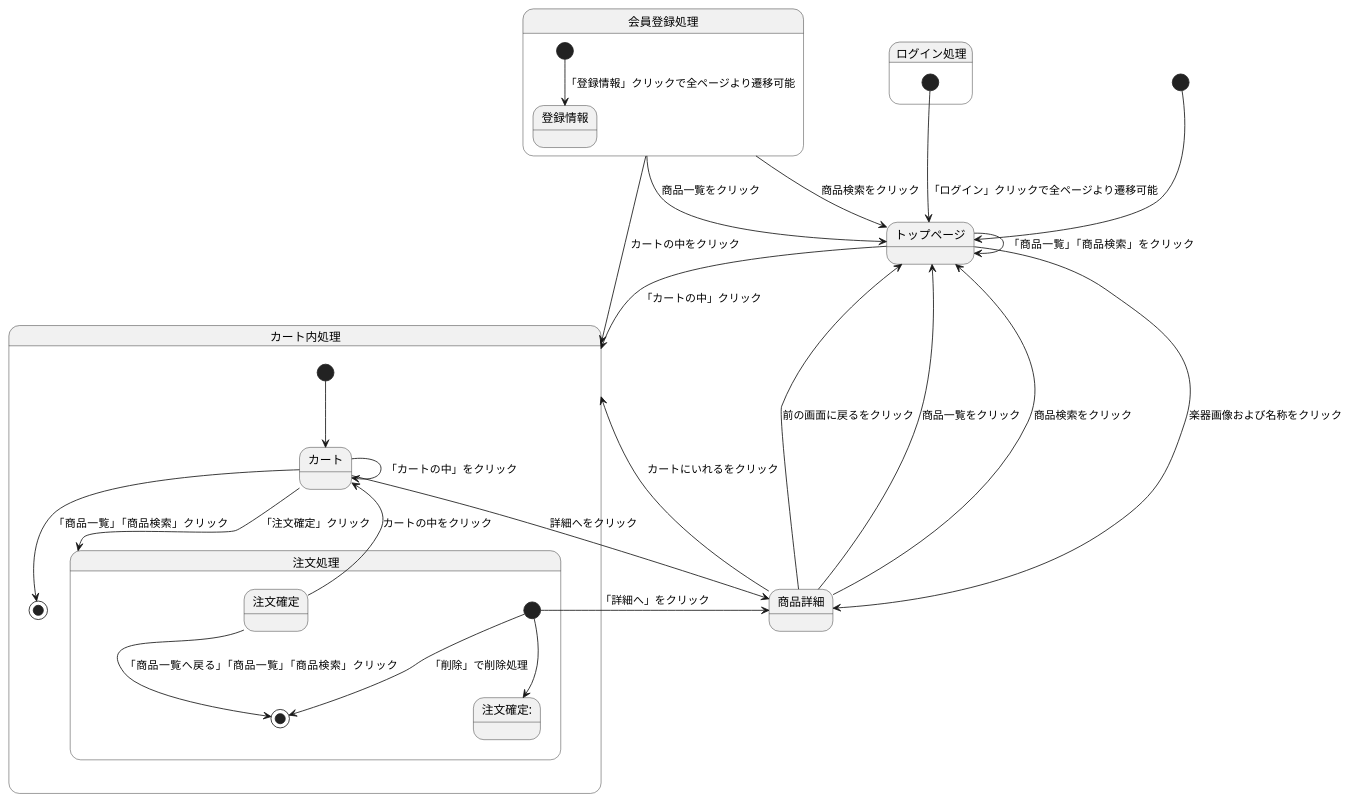
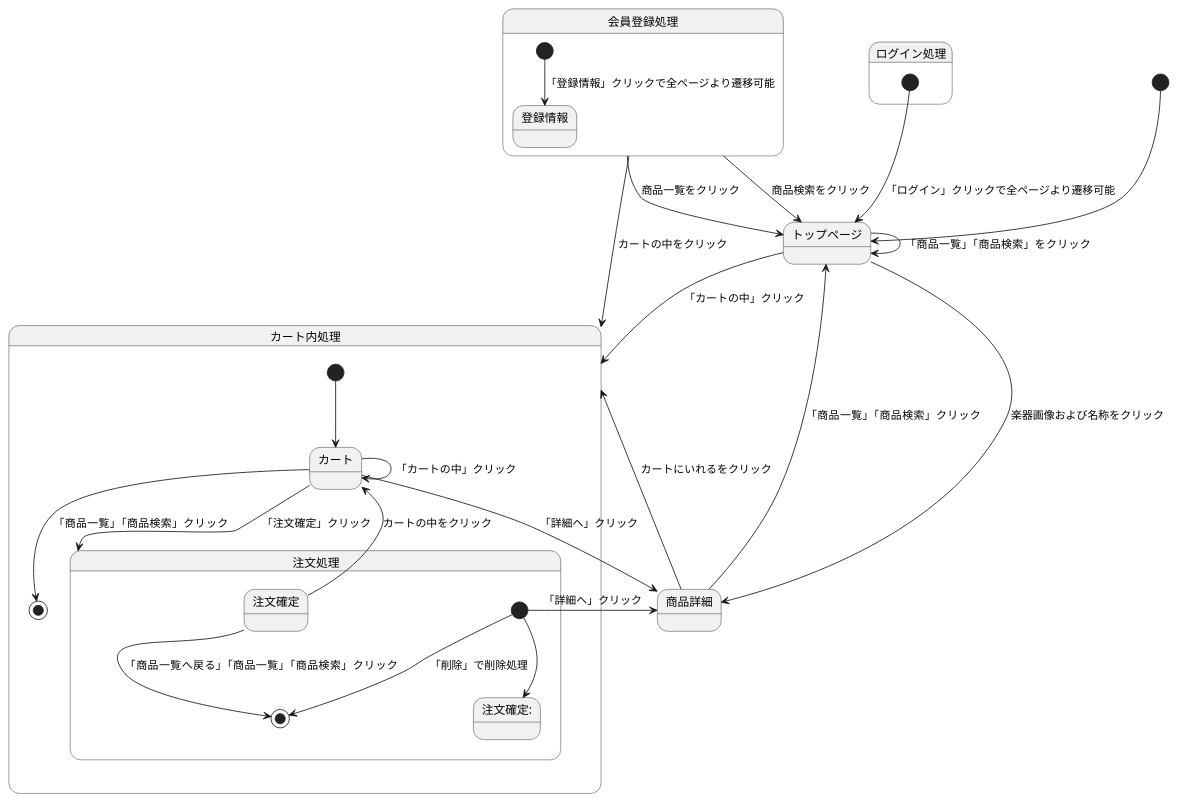
The third of 3 diagrams in stm01.md (Aso2001374/2021sys-design), drawn with PlantUML before and after one commit.

````diff
--- a/stm01.md
+++ b/stm01.md
@@ -55,52 +55,43 @@
 ```uml
 @startuml
 [*] --> トップページ
 
 トップページ--> トップページ : 「商品一覧」「商品検索」をクリック
 トップページ--> カート内処理 : 「カートの中」クリック
-
 トップページ--> 商品詳細 : 楽器画像および名称をクリック
 
-
-商品詳細--> トップページ : 前の画面に戻るをクリック
-商品詳細--> トップページ : 商品一覧をクリック
-商品詳細--> トップページ : 商品検索をクリック
-
-
-
-
-
-
+商品詳細--> トップページ : 「商品一覧」「商品検索」クリック
+商品詳細--> カート内処理 : カートにいれるをクリック
 
 会員登録処理 --> トップページ : 商品一覧をクリック
 会員登録処理 --> トップページ : 商品検索をクリック
 会員登録処理 --> カート内処理 : カートの中をクリック
-
 
 state ログイン処理{
 [*] --> トップページ : 「ログイン」クリックで全ページより遷移可能
 }
 
 state 会員登録処理{
 [*] --> 登録情報 : 「登録情報」クリックで全ページより遷移可能
 }
-商品詳細--> カート内処理 : カートにいれるをクリック
+
 
 state カート内処理{
 [*] --> カート
 カート --> 注文処理 :「注文確定」クリック
-カート--> カート :「カートの中」をクリック
-カート --> 商品詳細 : 詳細へをクリック
+カート--> カート :「カートの中」クリック
+カート --> 商品詳細 : 「詳細へ」クリック
 カート--> [*]: 「商品一覧」「商品検索」クリック
+
 state 注文処理{
 [*]--> 注文確定: 
-[*]--> 商品詳細 : 「詳細へ」をクリック
+[*]--> 商品詳細 : 「詳細へ」クリック
 [*]--> [*]: 「削除」で削除処理
 注文確定--> [*]: 「商品一覧へ戻る」「商品一覧」「商品検索」クリック
 }
+
 注文確定 --> カート : カートの中をクリック
-
 }
 
 @enduml
 ```
````
